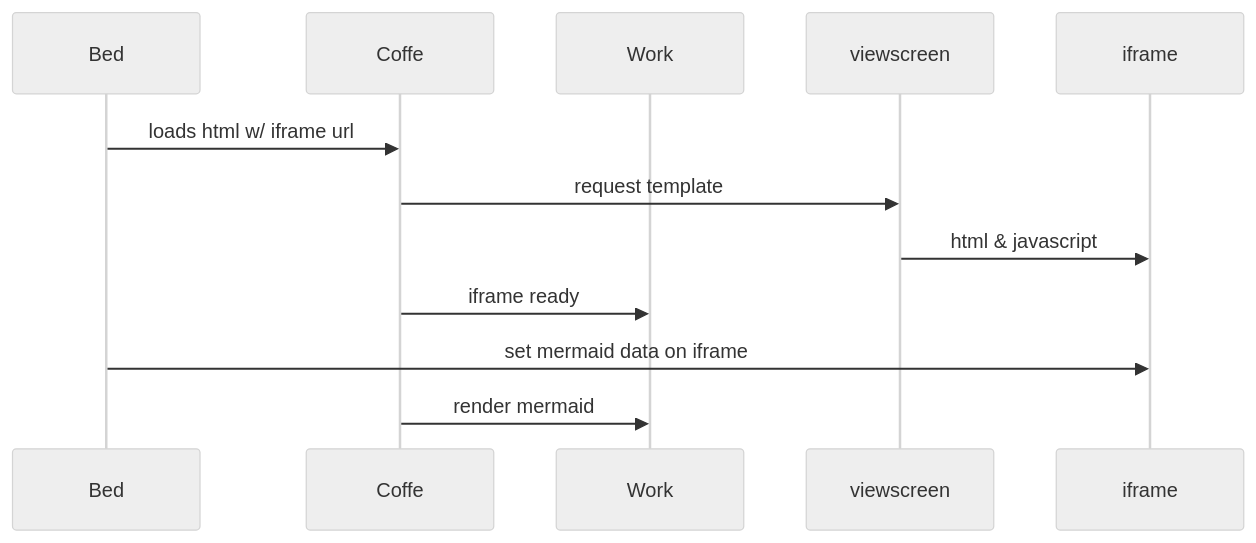
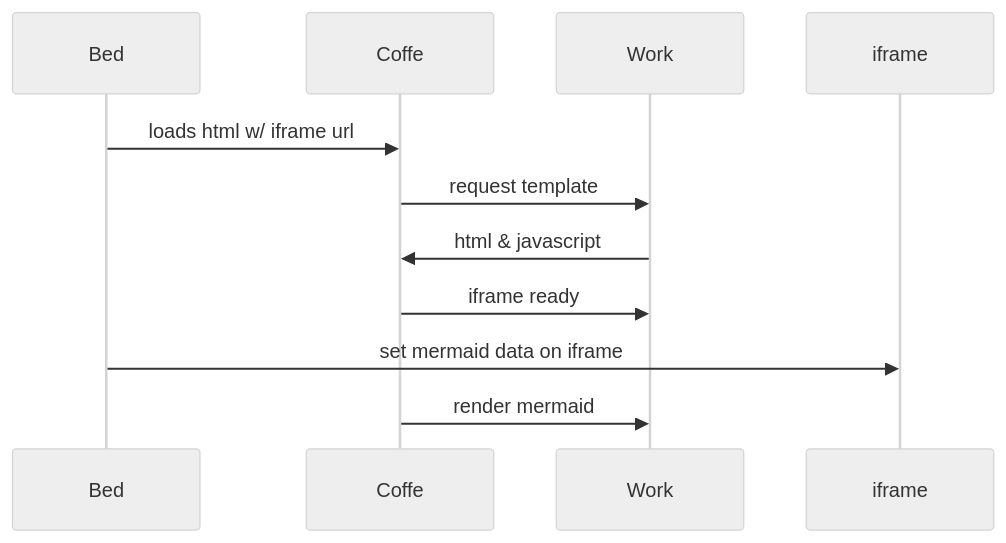
Before and after one commit to xandrade/alpha-api: the diagram in README.md, drawn with Mermaid (neutral theme).

````diff
--- a/README.md
+++ b/README.md
@@ -3,12 +3,12 @@
 ```mermaid
 sequenceDiagram
     participant Bed
     participant Coffe
     participant Work
     Bed->>Coffe: loads html w/ iframe url
-    Coffe->>viewscreen: request template
-    viewscreen->>iframe: html & javascript
+    Coffe->>Work: request template
+    Work->>Coffe: html & javascript
     Coffe->>Work: iframe ready
     Bed->>iframe: set mermaid data on iframe
     Coffe->>Work: render mermaid
 ```
````
